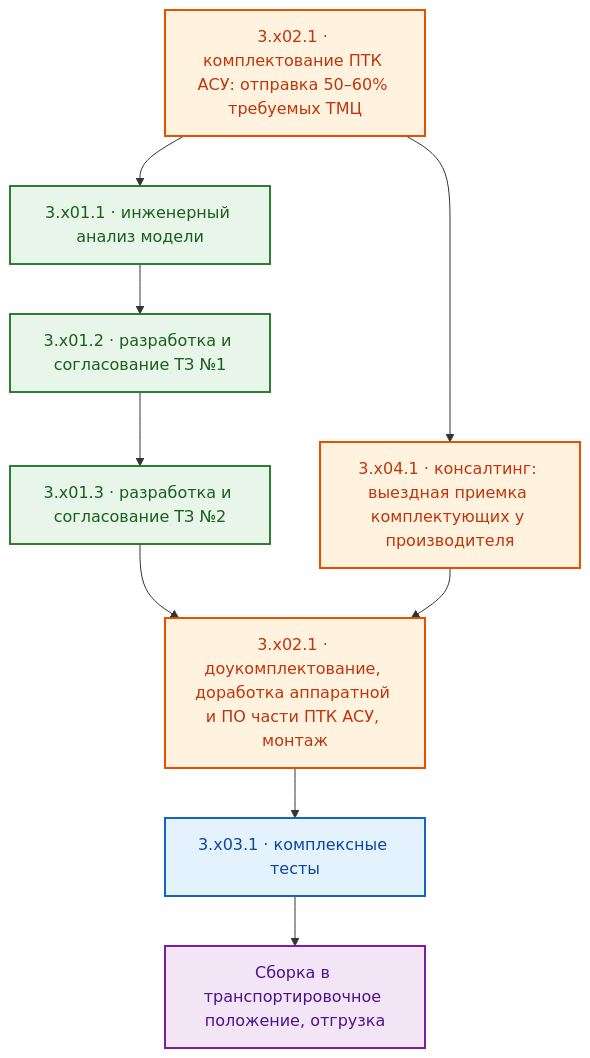
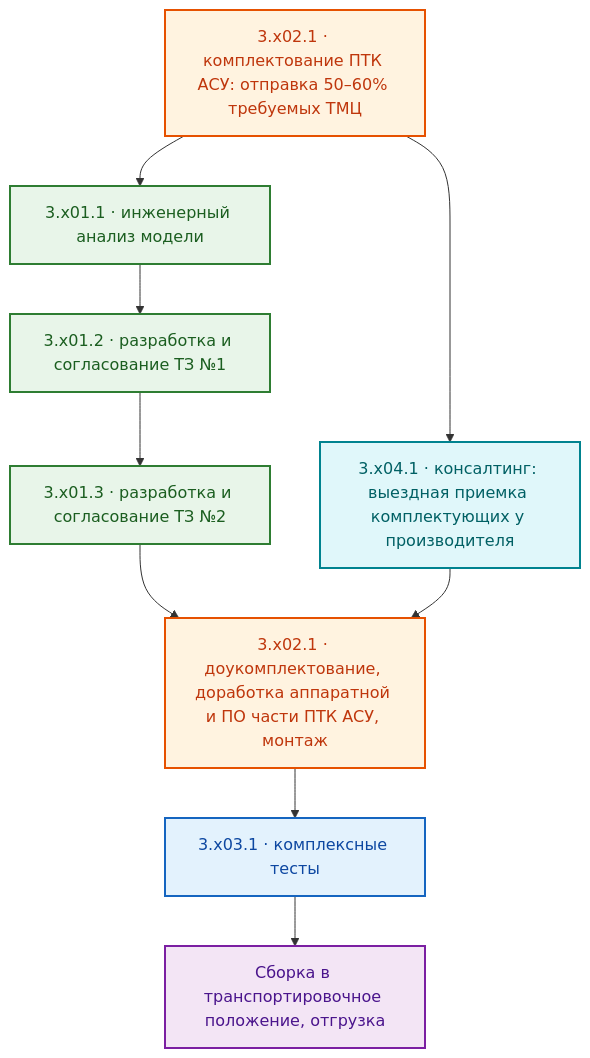
The fourth of 5 diagrams in 04__Договор/pre-contract-negotiations.md (Konkery/Project-8_2026-N0-HORIZON), drawn with Mermaid before and after one commit. The commit also changed other lines of this file and 3 other files, not shown here.

````diff
--- a/04__Договор/pre-contract-negotiations.md
+++ b/04__Договор/pre-contract-negotiations.md
@@ -470,17 +479,18 @@
 ```mermaid
 flowchart TD
     classDef storage fill:#E3F2FD,stroke:#1565C0,stroke-width:2px,color:#0D47A1;
     classDef engine  fill:#FFF3E0,stroke:#E65100,stroke-width:2px,color:#BF360C;
     classDef lib     fill:#E8F5E9,stroke:#2E7D32,stroke-width:2px,color:#1B5E20;
     classDef output  fill:#F3E5F5,stroke:#7B1FA2,stroke-width:2px,color:#4A148C;
+    classDef consult fill:#E0F7FA,stroke:#00838F,stroke-width:2px,color:#006064;
 
     A[3.x02.1 · комплектование ПТК АСУ: отправка 50–60% требуемых ТМЦ]:::engine --> B
-    A --> K[3.x04.1 · консалтинг: выездная приемка комплектующих у производителя]:::engine
+    A --> K[3.x04.1 · консалтинг: выездная приемка комплектующих у производителя]:::consult
     B[3.x01.1 · инженерный анализ модели]:::lib --> C
     C[3.x01.2 · разработка и согласование ТЗ №1]:::lib --> D
     D[3.x01.3 · разработка и согласование ТЗ №2]:::lib --> E
     K --> E
     E[3.x02.1 · доукомплектование, доработка аппаратной и ПО части ПТК АСУ, монтаж]:::engine --> F
     F[3.x03.1 · комплексные тесты]:::storage --> G
     G[Сборка в транспортировочное положение, отгрузка]:::output
 ```
````
